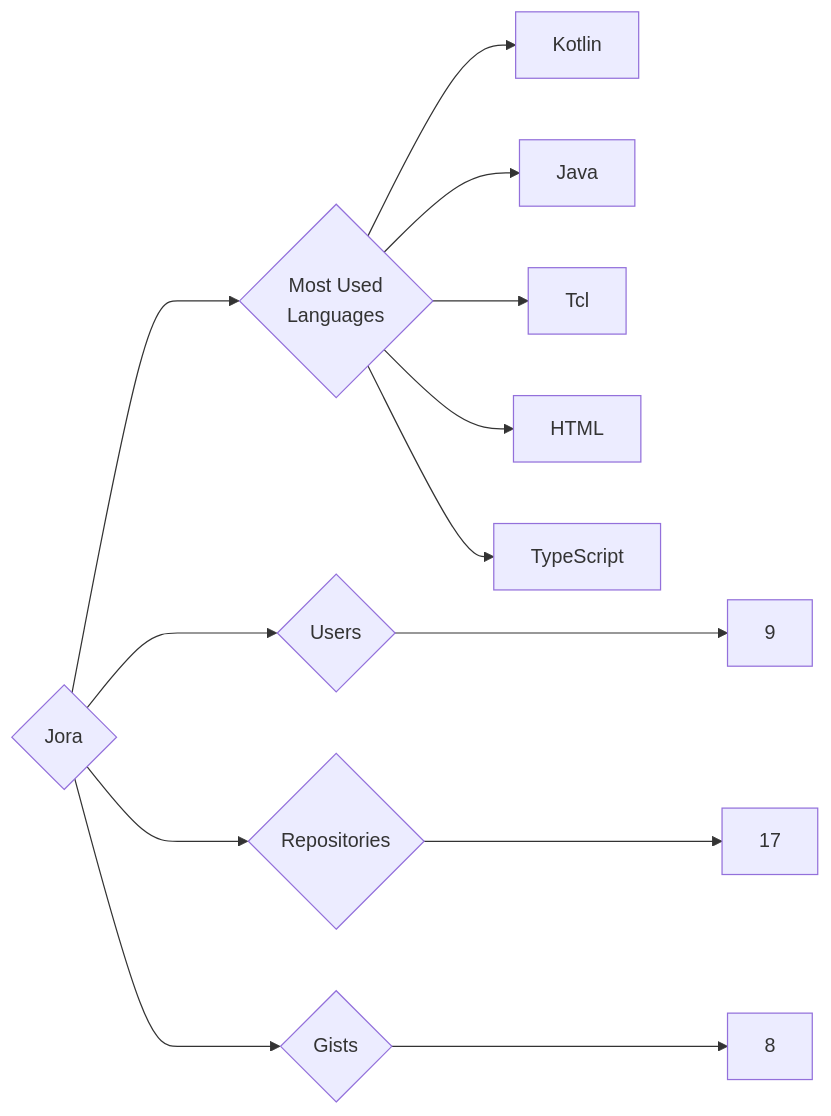
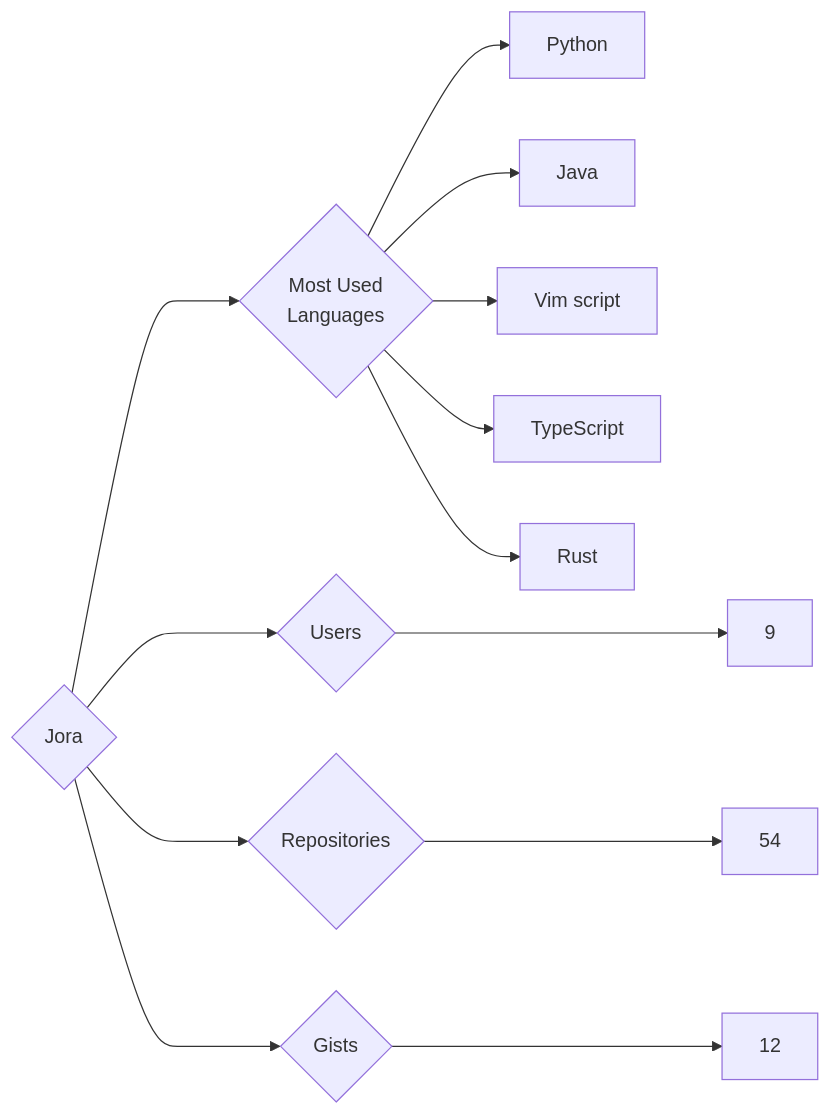
The diagram in targets/Jora/README.md (trickest/insiders), drawn with Mermaid before and after one commit. The commit also changed 935 other files, not shown here.

````diff
--- a/targets/Jora/README.md
+++ b/targets/Jora/README.md
@@ -3,13 +3,13 @@
 ```mermaid
 graph LR
 COMPANY_NAME{Jora}
 COMPANY_NAME ---> U{Users} ---> UN[9]
-COMPANY_NAME ---> R{Repositories} ---> RN[17]
-COMPANY_NAME ---> G{Gists} ---> GN[8]
+COMPANY_NAME ---> R{Repositories} ---> RN[54]
+COMPANY_NAME ---> G{Gists} ---> GN[12]
 COMPANY_NAME ---> ML{Most Used<br>Languages}
-ML --> Kotlin[Kotlin]
+ML --> Python[Python]
 ML --> Java[Java]
-ML --> Tcl[Tcl]
-ML --> HTML[HTML]
+ML --> Vim_script[Vim script]
 ML --> TypeScript[TypeScript]
+ML --> Rust[Rust]
 ```
````
